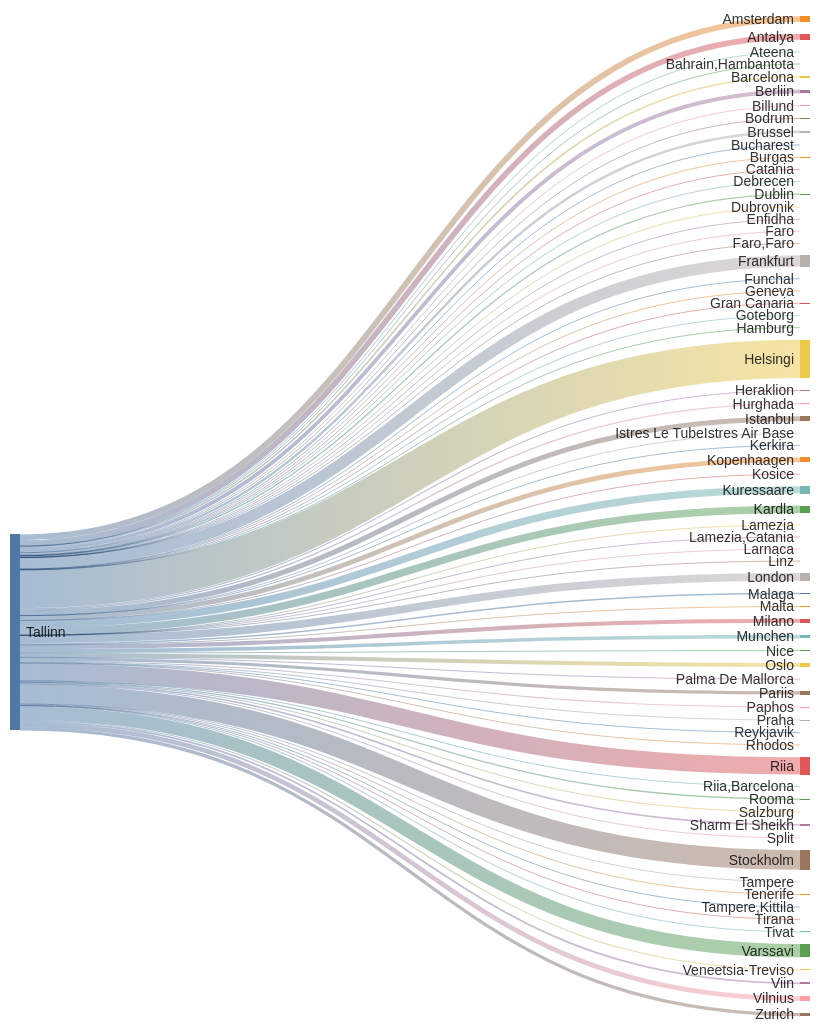
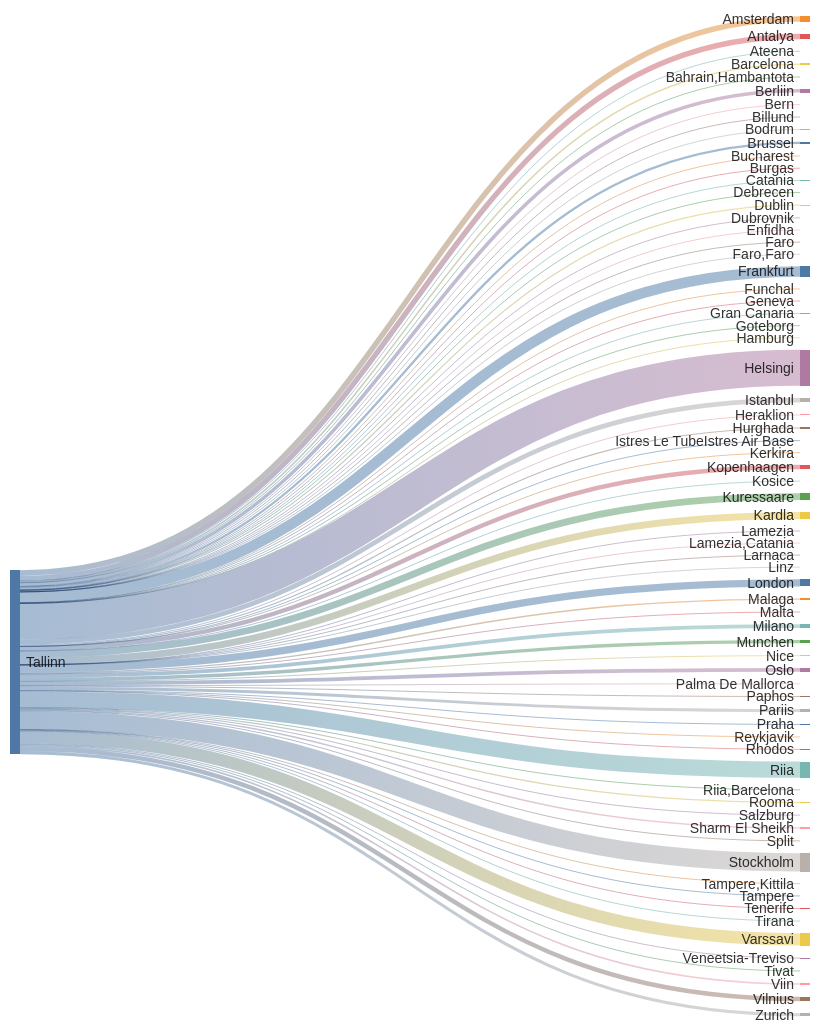
One commit to rainermesi/tll-airport-departures changed the second of 2 diagrams in README.md. Above: the diagram before and after it, drawn with Mermaid. The commit also changed other lines of this file and 1 other file, not shown here.

````diff
--- a/README.md
+++ b/README.md
@@ -34,81 +34,82 @@
 ```mermaid
 ---
 config:
   sankey:
     showValues: false
     width: 800
     height: 1000
 ---
 sankey-beta
 %% source,target,value
-Tallinn,Amsterdam,367
-Tallinn,Antalya,355
+Tallinn,Amsterdam,369
+Tallinn,Antalya,357
 Tallinn,Ateena,16
 Tallinn,"Bahrain,Hambantota",1
-Tallinn,Barcelona,101
+Tallinn,Barcelona,103
 Tallinn,Berliin,240
-Tallinn,Billund,59
+Tallinn,Bern,1
+Tallinn,Billund,61
 Tallinn,Bodrum,11
 Tallinn,Brussel,154
 Tallinn,Bucharest,1
-Tallinn,Burgas,34
+Tallinn,Burgas,35
 Tallinn,Catania,2
 Tallinn,Debrecen,1
 Tallinn,Dublin,78
 Tallinn,Dubrovnik,21
 Tallinn,Enfidha,7
 Tallinn,Faro,4
 Tallinn,"Faro,Faro",1
-Tallinn,Frankfurt,711
+Tallinn,Frankfurt,714
 Tallinn,Funchal,5
 Tallinn,Geneva,13
 Tallinn,Gran Canaria,38
 Tallinn,Goteborg,1
 Tallinn,Hamburg,2
-Tallinn,Helsingi,2403
-Tallinn,Heraklion,66
+Tallinn,Helsingi,2411
+Tallinn,Heraklion,67
 Tallinn,Hurghada,75
-Tallinn,Istanbul,319
+Tallinn,Istanbul,320
 Tallinn,Istres Le TubeIstres Air Base,2
 Tallinn,Kerkira,4
 Tallinn,Kopenhaagen,298
 Tallinn,Kosice,1
-Tallinn,Kuressaare,463
-Tallinn,Kardla,463
+Tallinn,Kuressaare,464
+Tallinn,Kardla,464
 Tallinn,Lamezia,1
 Tallinn,"Lamezia,Catania",3
 Tallinn,Larnaca,4
 Tallinn,Linz,2
-Tallinn,London,487
-Tallinn,Malaga,94
-Tallinn,Malta,20
+Tallinn,London,488
+Tallinn,Malaga,95
+Tallinn,Malta,21
 Tallinn,Milano,255
 Tallinn,Munchen,228
 Tallinn,Nice,35
 Tallinn,Oslo,250
-Tallinn,Palma De Mallorca,24
+Tallinn,Palma De Mallorca,25
 Tallinn,Paphos,66
 Tallinn,Pariis,200
 Tallinn,Praha,63
-Tallinn,Reykjavik,3
+Tallinn,Reykjavik,4
 Tallinn,Rhodos,43
-Tallinn,Riia,1082
+Tallinn,Riia,1086
 Tallinn,"Riia,Barcelona",1
 Tallinn,Rooma,80
 Tallinn,Salzburg,14
 Tallinn,Sharm El Sheikh,95
 Tallinn,Split,36
-Tallinn,Stockholm,1223
+Tallinn,Stockholm,1227
 Tallinn,Tampere,17
 Tallinn,"Tampere,Kittila",21
 Tallinn,Tenerife,58
 Tallinn,Tirana,16
 Tallinn,Tivat,41
-Tallinn,Varssavi,831
+Tallinn,Varssavi,834
 Tallinn,Veneetsia-Treviso,67
 Tallinn,Viin,106
 Tallinn,Vilnius,298
-Tallinn,Zurich,205
+Tallinn,Zurich,206
 
 
 ```
````
